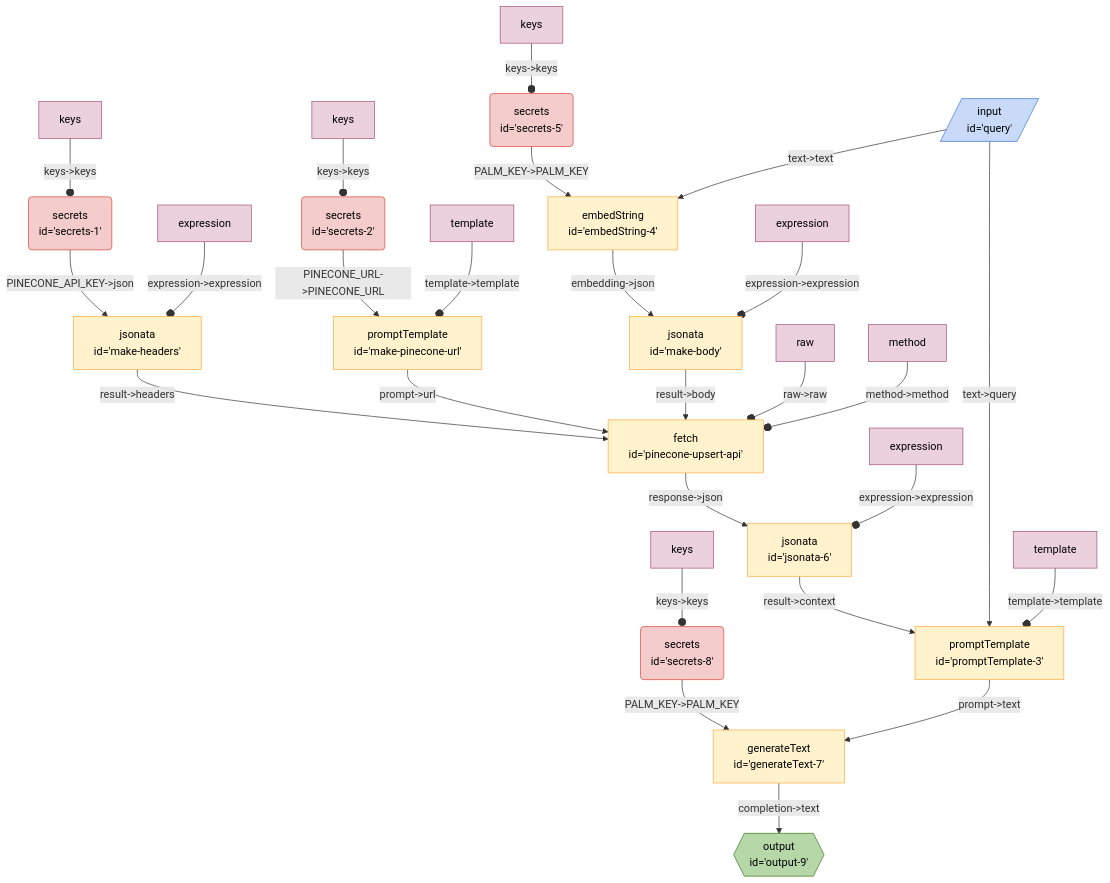
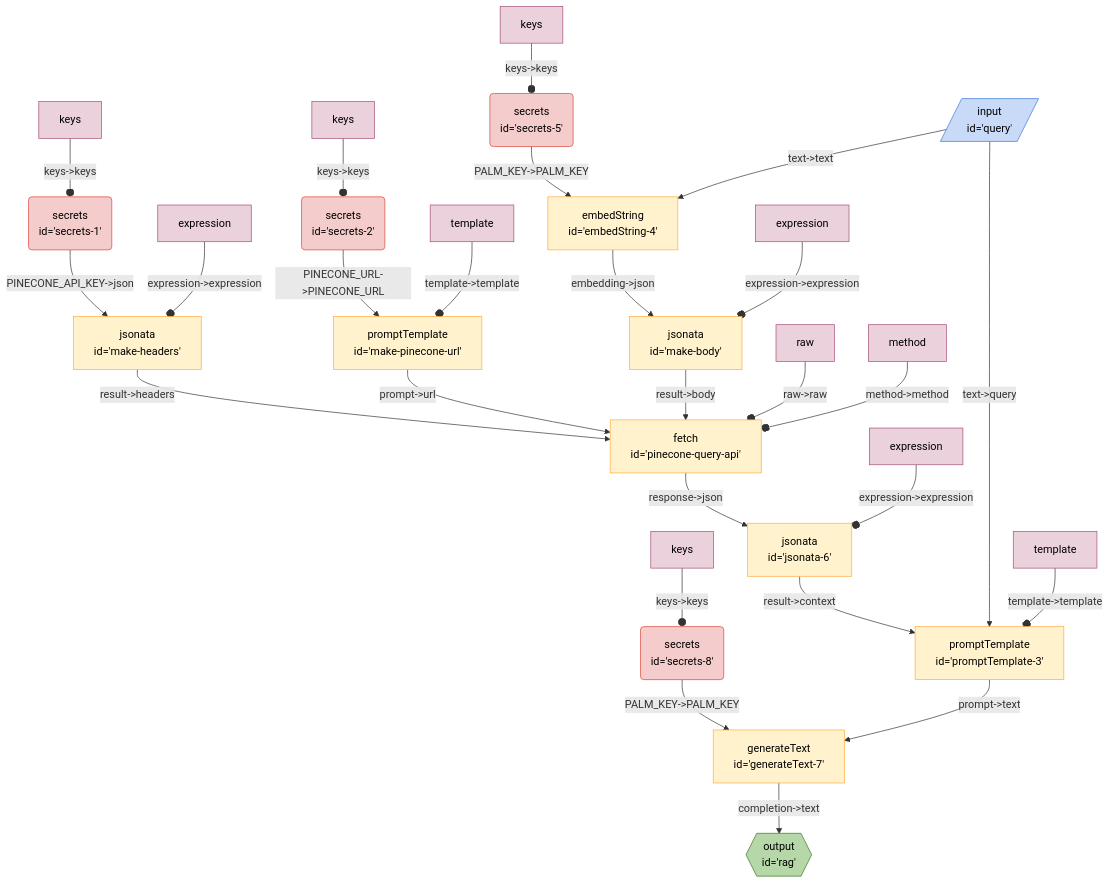
The diagram in seeds/graph-playground/docs/graphs/pinecone-query.md (breadboard-ai/breadboard), drawn with Mermaid before and after one commit. The commit also changed 2 other files, not shown here.

Commit message:
[graph-playground] More tweaks to `pinecone-query`.

````diff
--- a/seeds/graph-playground/docs/graphs/pinecone-query.md
+++ b/seeds/graph-playground/docs/graphs/pinecone-query.md
@@ -5,37 +5,37 @@
   ```mermaid
   %%{init: 'themeVariables': { 'fontFamily': 'Fira Code, monospace' }}%%
 graph TD;
 secrets1("secrets <br> id='secrets-1'"):::secrets -- "PINECONE_API_KEY->json" --> makeheaders["jsonata <br> id='make-headers'"]
-makeheaders["jsonata <br> id='make-headers'"] -- "result->headers" --> pineconeupsertapi["fetch <br> id='pinecone-upsert-api'"]
+makeheaders["jsonata <br> id='make-headers'"] -- "result->headers" --> pineconequeryapi["fetch <br> id='pinecone-query-api'"]
 secrets2("secrets <br> id='secrets-2'"):::secrets -- "PINECONE_URL->PINECONE_URL" --> makepineconeurl["promptTemplate <br> id='make-pinecone-url'"]
-makepineconeurl["promptTemplate <br> id='make-pinecone-url'"] -- "prompt->url" --> pineconeupsertapi["fetch <br> id='pinecone-upsert-api'"]
+makepineconeurl["promptTemplate <br> id='make-pinecone-url'"] -- "prompt->url" --> pineconequeryapi["fetch <br> id='pinecone-query-api'"]
 secrets5("secrets <br> id='secrets-5'"):::secrets -- "PALM_KEY->PALM_KEY" --> embedString4["embedString <br> id='embedString-4'"]
 jsonata6["jsonata <br> id='jsonata-6'"] -- "result->context" --> promptTemplate3["promptTemplate <br> id='promptTemplate-3'"]
-pineconeupsertapi["fetch <br> id='pinecone-upsert-api'"] -- "response->json" --> jsonata6["jsonata <br> id='jsonata-6'"]
-makebody["jsonata <br> id='make-body'"] -- "result->body" --> pineconeupsertapi["fetch <br> id='pinecone-upsert-api'"]
+pineconequeryapi["fetch <br> id='pinecone-query-api'"] -- "response->json" --> jsonata6["jsonata <br> id='jsonata-6'"]
+makebody["jsonata <br> id='make-body'"] -- "result->body" --> pineconequeryapi["fetch <br> id='pinecone-query-api'"]
 embedString4["embedString <br> id='embedString-4'"] -- "embedding->json" --> makebody["jsonata <br> id='make-body'"]
 query[/"input <br> id='query'"/]:::input -- "text->text" --> embedString4["embedString <br> id='embedString-4'"]
 query[/"input <br> id='query'"/]:::input -- "text->query" --> promptTemplate3["promptTemplate <br> id='promptTemplate-3'"]
 secrets8("secrets <br> id='secrets-8'"):::secrets -- "PALM_KEY->PALM_KEY" --> generateText7["generateText <br> id='generateText-7'"]
-generateText7["generateText <br> id='generateText-7'"] -- "completion->text" --> output9{{"output <br> id='output-9'"}}:::output
+generateText7["generateText <br> id='generateText-7'"] -- "completion->text" --> rag{{"output <br> id='rag'"}}:::output
 promptTemplate3["promptTemplate <br> id='promptTemplate-3'"] -- "prompt->text" --> generateText7["generateText <br> id='generateText-7'"]
 expressionmakeheaders[expression]:::config -- "expression->expression" --o makeheaders
 keyssecrets1[keys]:::config -- "keys->keys" --o secrets1
-rawpineconeupsertapi[raw]:::config -- "raw->raw" --o pineconeupsertapi
-methodpineconeupsertapi[method]:::config -- "method->method" --o pineconeupsertapi
+rawpineconequeryapi[raw]:::config -- "raw->raw" --o pineconequeryapi
+methodpineconequeryapi[method]:::config -- "method->method" --o pineconequeryapi
 templatemakepineconeurl[template]:::config -- "template->template" --o makepineconeurl
 keyssecrets2[keys]:::config -- "keys->keys" --o secrets2
 expressionmakebody[expression]:::config -- "expression->expression" --o makebody
 templatepromptTemplate3[template]:::config -- "template->template" --o promptTemplate3
 keyssecrets5[keys]:::config -- "keys->keys" --o secrets5
 expressionjsonata6[expression]:::config -- "expression->expression" --o jsonata6
 keyssecrets8[keys]:::config -- "keys->keys" --o secrets8
 classDef default stroke:#ffab40,fill:#fff2ccff,color:#000
 classDef input stroke:#3c78d8,fill:#c9daf8ff,color:#000
 classDef output stroke:#38761d,fill:#b6d7a8ff,color:#000
 classDef passthrough stroke:#a64d79,fill:#ead1dcff,color:#000
 classDef slot stroke:#a64d79,fill:#ead1dcff,color:#000
 classDef config stroke:#a64d79,fill:#ead1dcff,color:#000
 classDef secrets stroke:#db4437,fill:#f4cccc,color:#000
 classDef slotted stroke:#a64d79
   ```
````
